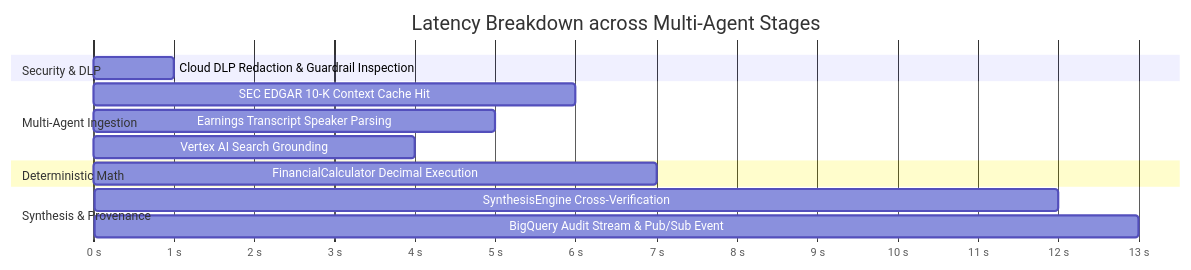
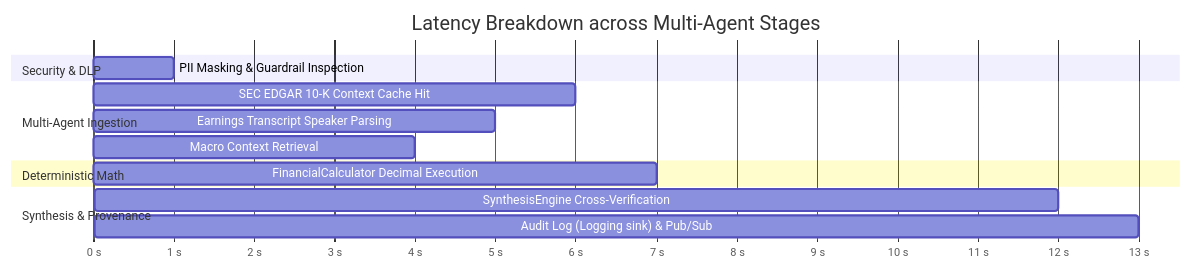
One commit to Ignotus-21/Finance-Agent---Investment-Research-Agent changed the second of 2 diagrams in docs/evaluation_baseline_report.md. Above: the diagram before and after it, drawn with Mermaid. The commit also changed 27 other files, not shown here.

````diff
--- a/docs/evaluation_baseline_report.md
+++ b/docs/evaluation_baseline_report.md
@@ -92,17 +92,17 @@
 ```mermaid
 gantt
     title Latency Breakdown across Multi-Agent Stages
     dateFormat X
     axisFormat %s s
     section Security & DLP
-    Cloud DLP Redaction & Guardrail Inspection :0, 1
+    PII Masking & Guardrail Inspection         :0, 1
     section Multi-Agent Ingestion
     SEC EDGAR 10-K Context Cache Hit       :1, 6
     Earnings Transcript Speaker Parsing    :1, 5
-    Vertex AI Search Grounding             :1, 4
+    Macro Context Retrieval                :1, 4
     section Deterministic Math
     FinancialCalculator Decimal Execution  :6, 7
     section Synthesis & Provenance
     SynthesisEngine Cross-Verification     :7, 12
-    BigQuery Audit Stream & Pub/Sub Event  :12, 13
+    Audit Log (Logging sink) & Pub/Sub     :12, 13
 ```
````
